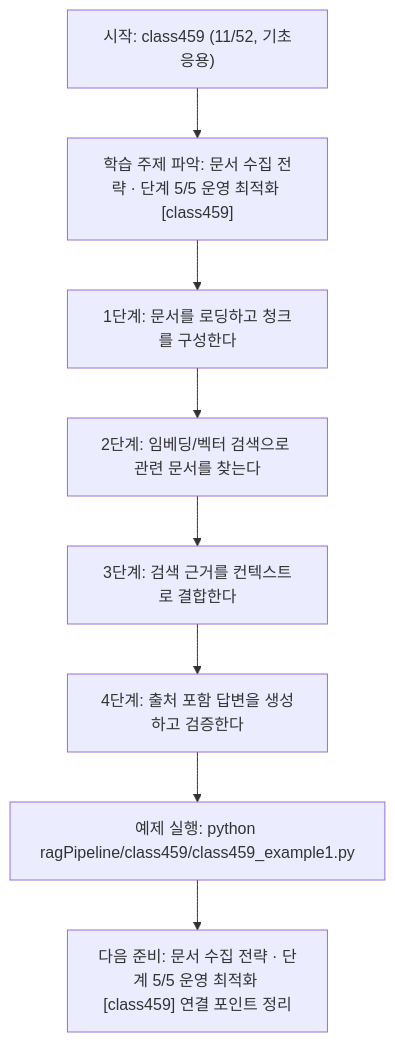
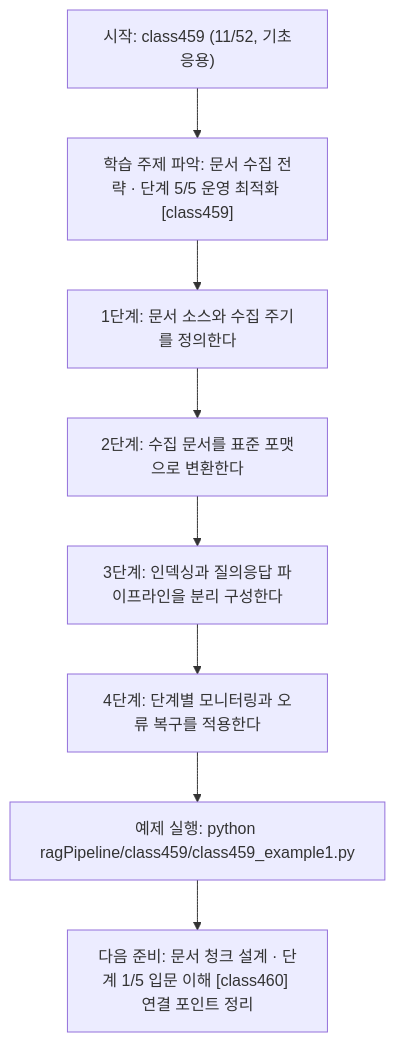
One commit to edumgt/Python-AI_Agent-Class changed the diagram in ragPipeline/class459/class459.md. Above: the diagram before and after it, drawn with Mermaid. The commit also changed other lines of this file and 367 other files, not shown here.

````diff
--- a/ragPipeline/class459/class459.md
+++ b/ragPipeline/class459/class459.md
@@ -111,18 +92,18 @@
 ```mermaid
 flowchart TD
 N1["시작: class459 (11/52, 기초응용)"]
 N2["학습 주제 파악: 문서 수집 전략 · 단계 5/5 운영 최적화 [class459]"]
-N3["1단계: 문서를 로딩하고 청크를 구성한다"]
-N4["2단계: 임베딩/벡터 검색으로 관련 문서를 찾는다"]
-N5["3단계: 검색 근거를 컨텍스트로 결합한다"]
-N6["4단계: 출처 포함 답변을 생성하고 검증한다"]
+N3["1단계: 문서 소스와 수집 주기를 정의한다"]
+N4["2단계: 수집 문서를 표준 포맷으로 변환한다"]
+N5["3단계: 인덱싱과 질의응답 파이프라인을 분리 구성한다"]
+N6["4단계: 단계별 모니터링과 오류 복구를 적용한다"]
 N7["예제 실행: python ragPipeline/class459/class459_example1.py"]
-N8["다음 준비: 문서 수집 전략 · 단계 5/5 운영 최적화 [class459] 연결 포인트 정리"]
+N8["다음 준비: 문서 청크 설계 · 단계 1/5 입문 이해 [class460] 연결 포인트 정리"]
 N1 --> N2
 N2 --> N3
 N3 --> N4
 N4 --> N5
 N5 --> N6
 N6 --> N7
 N7 --> N8
 ```
````
